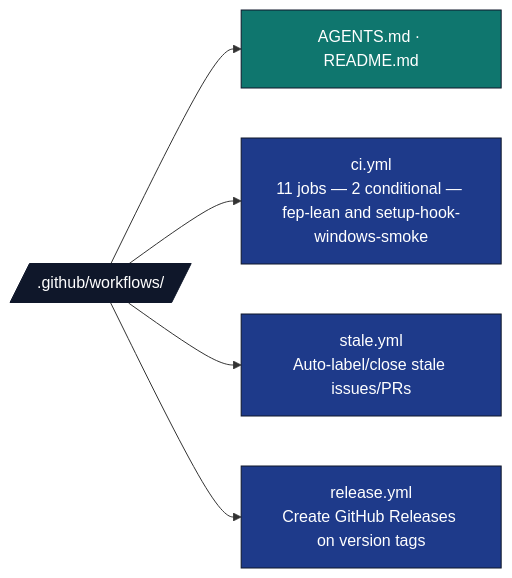
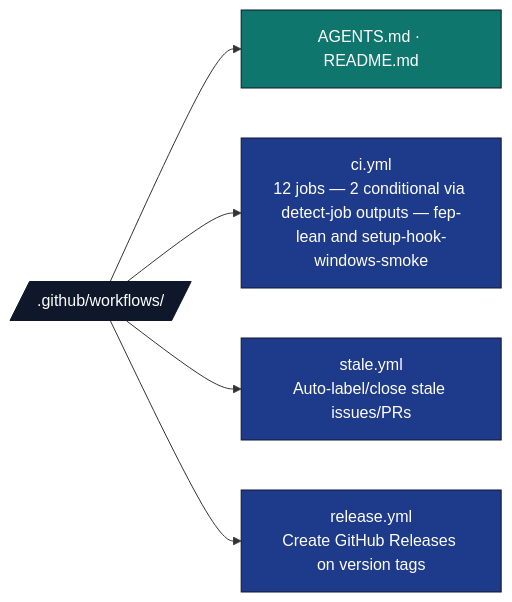
The first of 2 diagrams in .github/workflows/AGENTS.md (docxology/template), drawn with Mermaid before and after one commit. The commit also changed 10 other files, not shown here.

````diff
--- a/.github/workflows/AGENTS.md
+++ b/.github/workflows/AGENTS.md
@@ -9,15 +9,15 @@
 ```mermaid
 flowchart LR
     W[/.github/workflows//]
     W --> META[AGENTS.md · README.md]
-    W --> CI[ci.yml<br/>11 jobs — 2 conditional — fep-lean and setup-hook-windows-smoke]
+    W --> CI[ci.yml<br/>12 jobs — 2 conditional via detect-job outputs — fep-lean and setup-hook-windows-smoke]
     W --> STALE[stale.yml<br/>Auto-label/close stale issues/PRs]
     W --> REL[release.yml<br/>Create GitHub Releases on version tags]
 
     classDef d fill:#0f172a,stroke:#0f172a,color:#fff
     classDef code fill:#1e3a8a,stroke:#0f172a,color:#fff
     classDef doc fill:#0f766e,stroke:#0f172a,color:#fff
     class W d
     class CI,STALE,REL code
     class META doc
 ```
````
